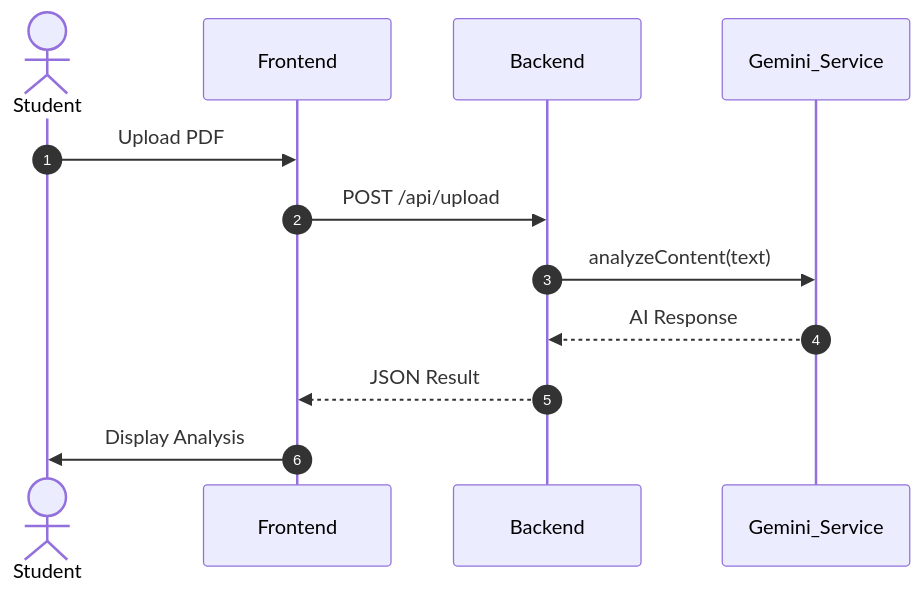
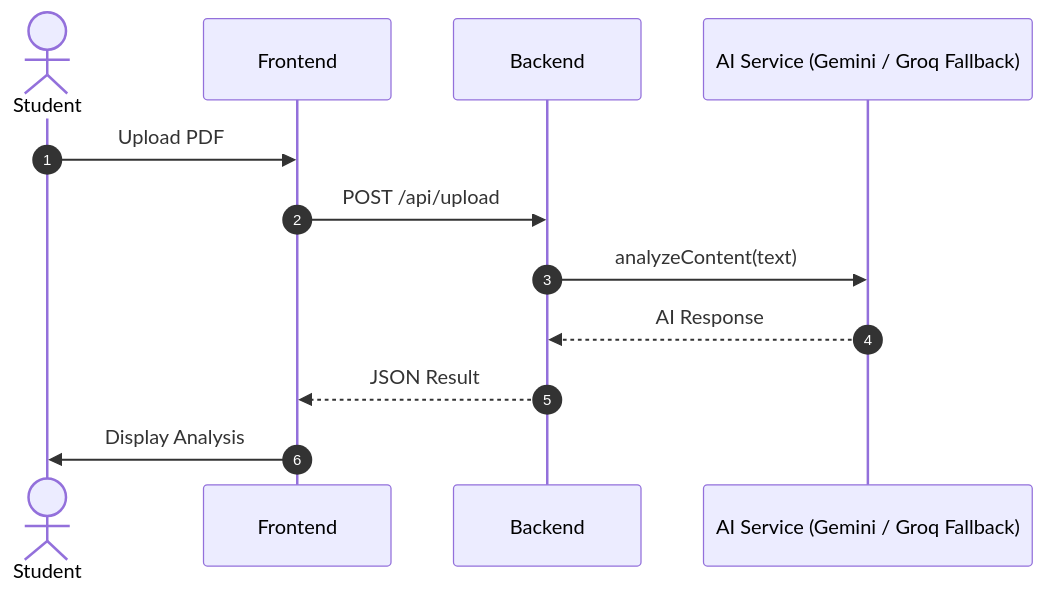
Before and after one commit to Vegapunk-debug/the-professor: the first of 3 diagrams in sequenceDiagram.md, drawn with Mermaid. The commit also changed other lines of this file and 4 other files, not shown here.

````diff
--- a/sequenceDiagram.md
+++ b/sequenceDiagram.md
@@ -2,15 +2,15 @@
-```mermaid 
+```mermaid
 sequenceDiagram
     autonumber
     actor User as Student
     participant FE as Frontend
     participant BE as Backend
-    participant AI as Gemini_Service
+    participant AI as AI Service (Gemini / Groq Fallback)
 
     User->>FE: Upload PDF
     FE->>BE: POST /api/upload
     BE->>AI: analyzeContent(text)
     AI-->>BE: AI Response
     BE-->>FE: JSON Result
     FE->>User: Display Analysis
 ```
````
